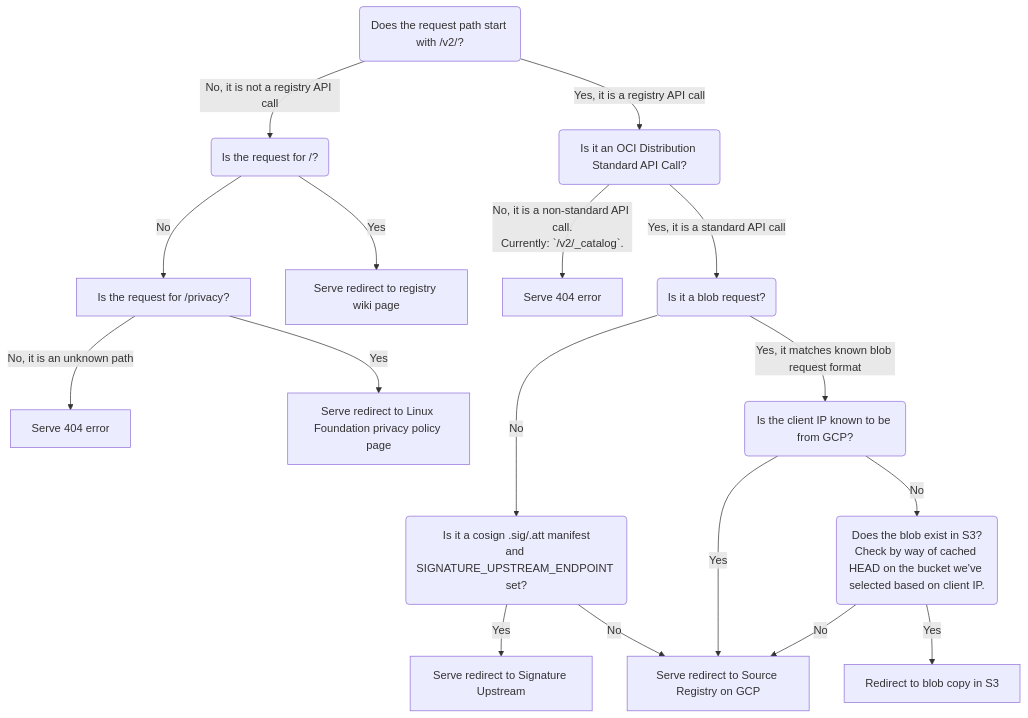
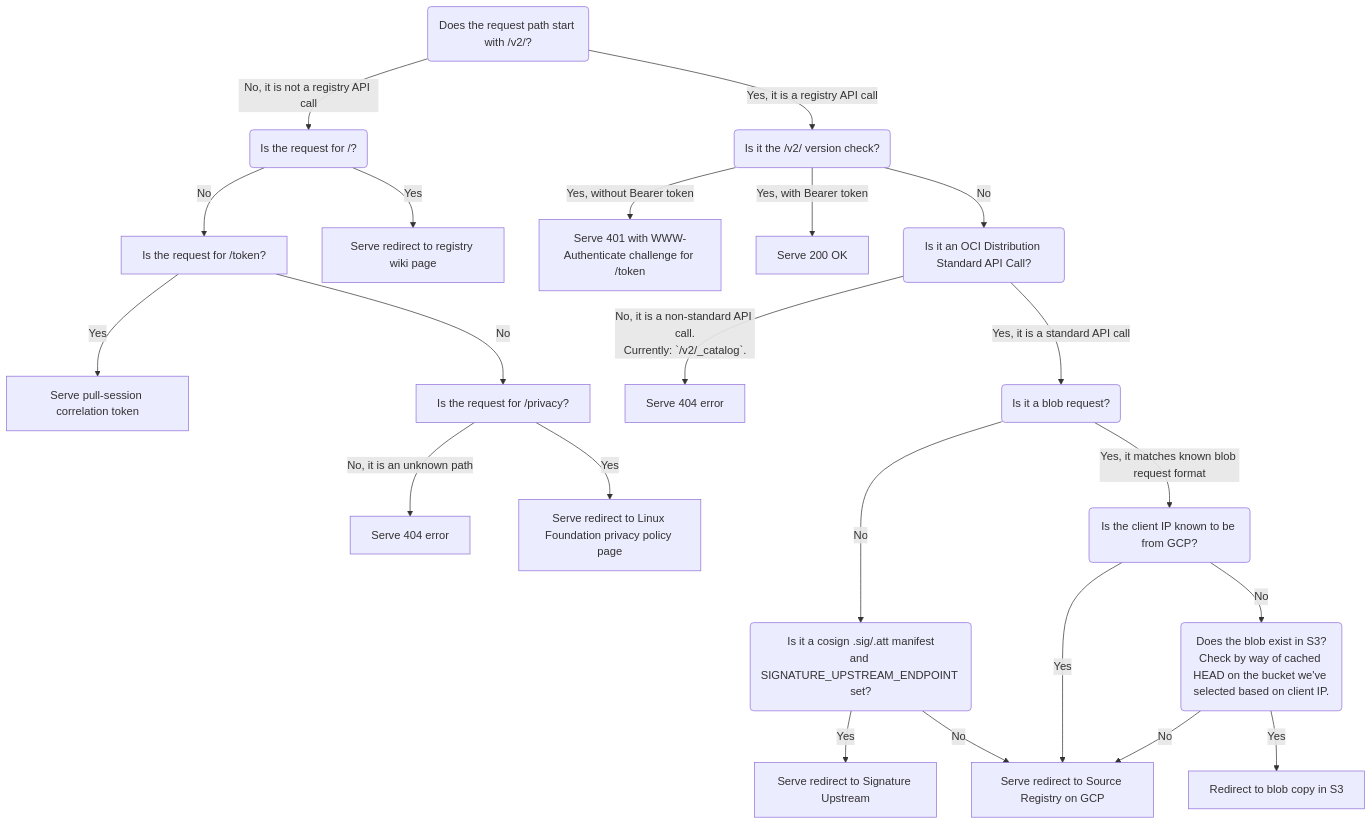
The diagram in cmd/archeio/docs/request-handling.md (kubernetes/registry.k8s.io), drawn with Mermaid before and after one commit. The commit also changed other lines of this file and 13 other files, not shown here.

````diff
--- a/cmd/archeio/docs/request-handling.md
+++ b/cmd/archeio/docs/request-handling.md
@@ -22,20 +57,25 @@
 ```mermaid
 flowchart TD
 
 A(Does the request path start with /v2/?) -->|No, it is not a registry API call| B(Is the request for /?)
-B -->|No| D[Is the request for /privacy?]
+B -->|No| P[Is the request for /token?]
+P -->|Yes| Q[Serve pull-session correlation token]
+P -->|No| D[Is the request for /privacy?]
 D -->|No, it is an unknown path| C[Serve 404 error]
 D -->|Yes| K[Serve redirect to Linux Foundation privacy policy page]
 B -->|Yes| E[Serve redirect to registry wiki page]
-A -->|Yes, it is a registry API call| L(Is it an OCI Distribution Standard API Call?)
+A -->|Yes, it is a registry API call| R(Is it the /v2/ version check?)
+R -->|Yes, without Bearer token| S[Serve 401 with WWW-Authenticate challenge for /token]
+R -->|Yes, with Bearer token| T[Serve 200 OK]
+R -->|No| L(Is it an OCI Distribution Standard API Call?)
 L -->|No, it is a non-standard API call.<br>Currently: `/v2/_catalog`.| M[Serve 404 error]
 L -->|Yes, it is a standard API call| F(Is it a blob request?)
 F -->|No| N(Is it a cosign .sig/.att manifest<br/>and SIGNATURE_UPSTREAM_ENDPOINT set?)
 N -->|Yes| O[Serve redirect to Signature Upstream]
 N -->|No| G[Serve redirect to Source Registry on GCP]
 F -->|Yes, it matches known blob request format| H(Is the client IP known to be from GCP?)
 H -->|Yes| G
 H -->|No| I(Does the blob exist in S3?<br/>Check by way of cached HEAD on the bucket we've selected based on client IP.)
 I -->|No| G
 I -->|Yes| J[Redirect to blob copy in S3]
 ```
````
